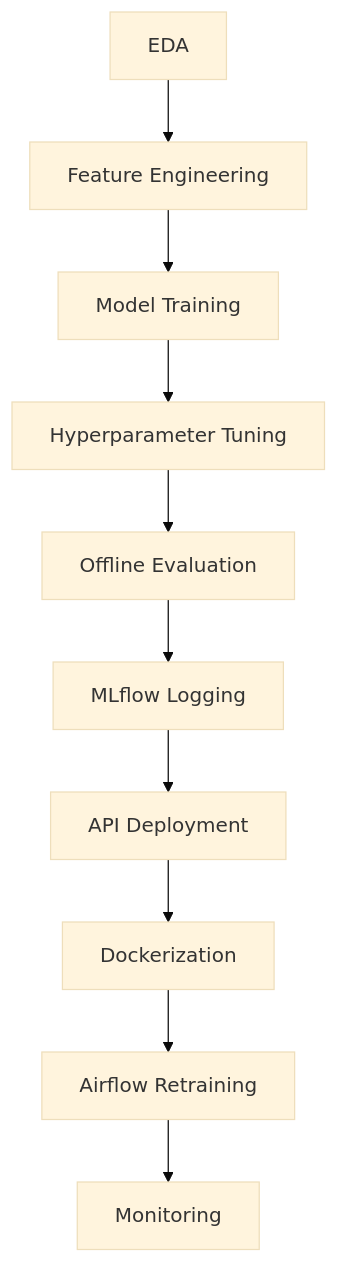
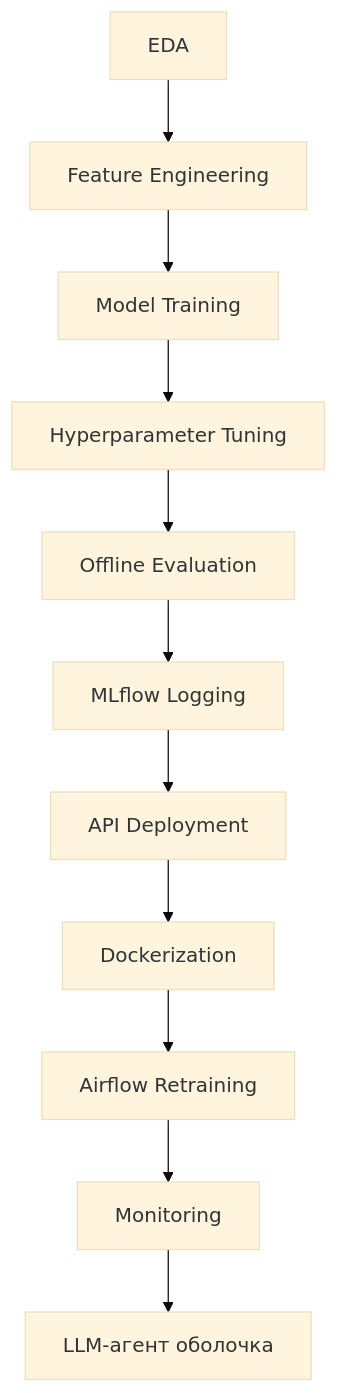
The sixth of 6 diagrams in README.md (Manaam9/ecommerce-recsys), drawn with Mermaid (base theme) before and after one commit. The commit also changed other lines of this file and 2 other files, not shown here.

First line of the commit message:
feat: add LLM agent shell with Gemma 4 + MCP smart-search integration

````diff
--- a/README.md
+++ b/README.md
@@ -558,12 +698,13 @@
 ```mermaid
 flowchart TD
     A[EDA] --> B[Feature Engineering]
     B --> C[Model Training]
     C --> D[Hyperparameter Tuning]
     D --> E[Offline Evaluation]
     E --> F[MLflow Logging]
     F --> G[API Deployment]
     G --> H[Dockerization]
     H --> I[Airflow Retraining]
     I --> J[Monitoring]
+    J --> K[LLM-агент оболочка]
 ```
````
